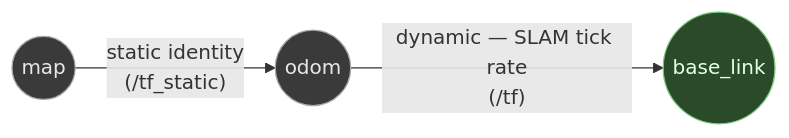
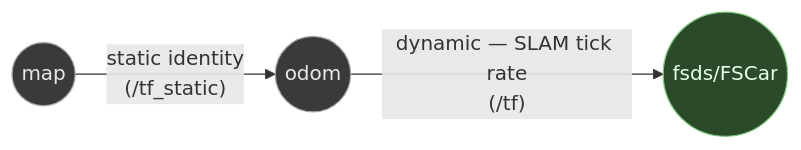
Before and after one commit to isc-fs/IFSSIM: the second of 2 diagrams in docs/autonomy_pipeline.md, drawn with Mermaid. The commit also changed other lines of this file and 6 other files, not shown here.

First line of the commit message:
docs: consolidate autonomy_pipeline as the single architecture doc (#313)

````diff
--- a/docs/autonomy_pipeline.md
+++ b/docs/autonomy_pipeline.md
@@ -67,11 +214,11 @@
 ```mermaid
 flowchart LR
     classDef static fill:#3a3a3a,stroke:#a8a8a8,color:#e8e8e8
     classDef dyn fill:#2a4a2a,stroke:#7dc97d,color:#e8ffe8
 
     map(("map")) -- "static identity<br/>(/tf_static)" --> odom(("odom"))
-    odom -- "dynamic — SLAM tick rate<br/>(/tf)" --> base(("base_link"))
+    odom -- "dynamic — SLAM tick rate<br/>(/tf)" --> base(("fsds/FSCar"))
 
     class map,odom static
     class base dyn
 ```
````
